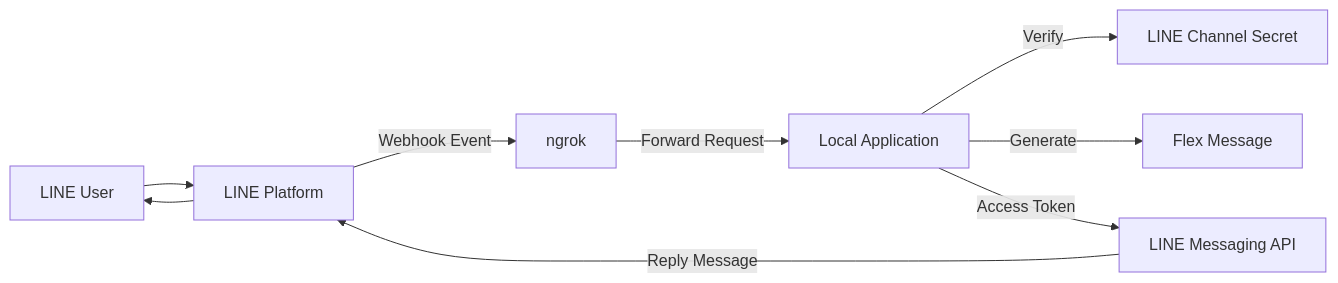
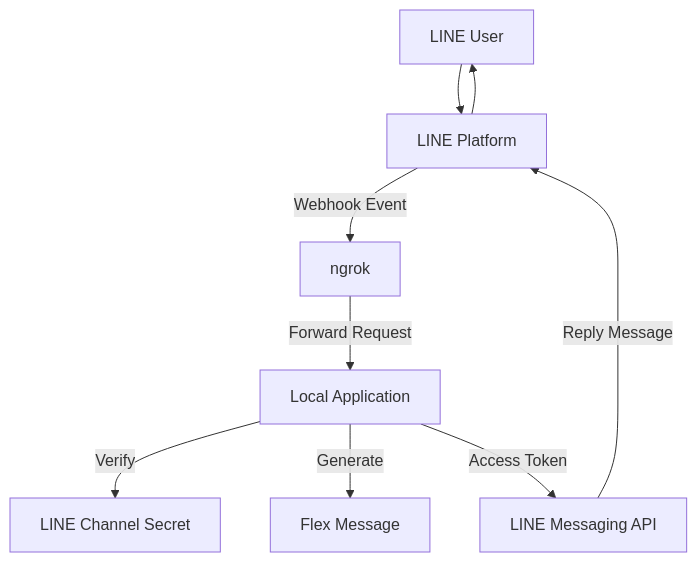
One commit to ratchanon-noknoy2318/line-flex-messages changed the diagram in README.md. Above: the diagram before and after it, drawn with Mermaid.

Commit message:
Change flowchart direction from LR to TD
Updated flowchart direction in README.

````diff
--- a/README.md
+++ b/README.md
@@ -28,15 +28,15 @@
 ```mermaid
-flowchart LR
+flowchart TD
     U["LINE User"] --> L["LINE Platform"]
 
     L -->|Webhook Event| NG["ngrok"]
     NG -->|Forward Request| APP["Local Application"]
 
     APP -->|Verify| CS["LINE Channel Secret"]
     APP -->|Generate| FM["Flex Message"]
 
     APP -->|Access Token| API["LINE Messaging API"]
     API -->|Reply Message| L
 
     L --> U
 ```
````
